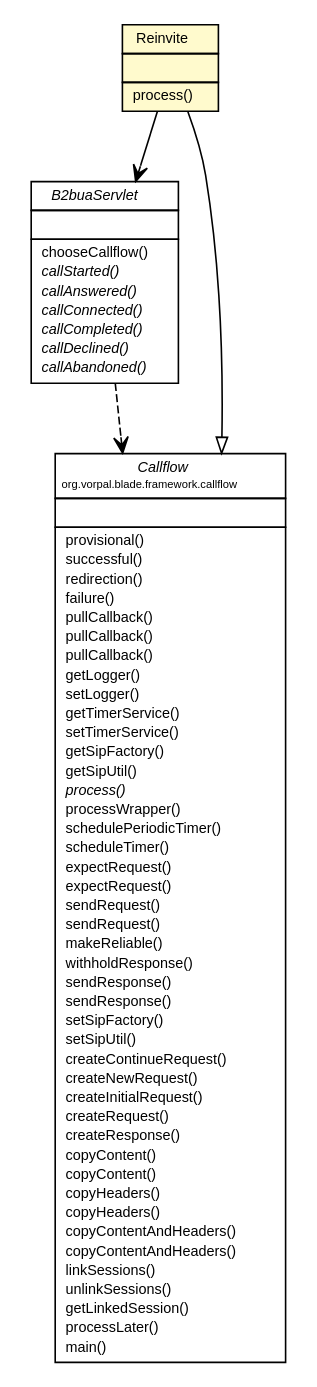
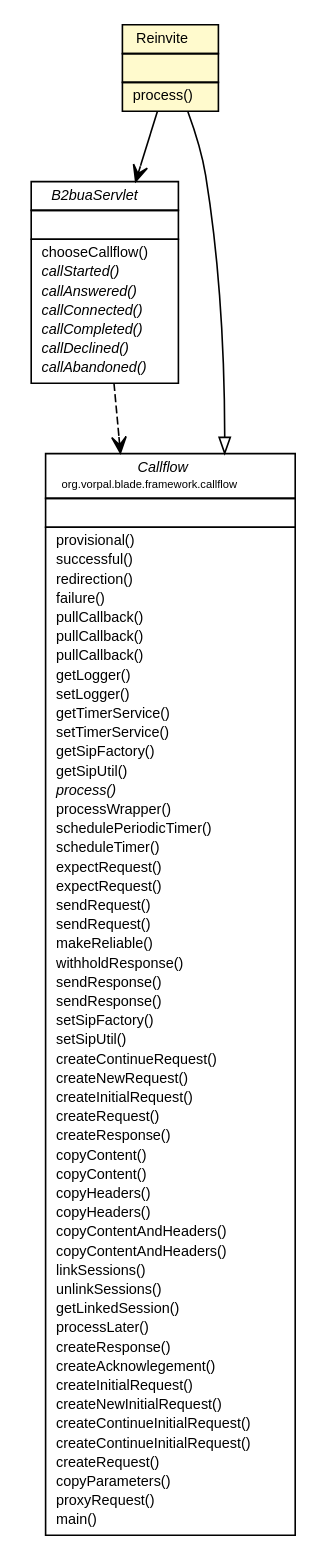
The diagram in blade/vorpal-blade-library-framework/org/vorpal/blade/framework/b2bua/Reinvite.dot (vorpalnet/vorpalnet.github.io), drawn with Graphviz before and after one commit. The commit also changed 1096 other files, not shown here.

```diff
--- a/blade/vorpal-blade-library-framework/org/vorpal/blade/framework/b2bua/Reinvite.dot
+++ b/blade/vorpal-blade-library-framework/org/vorpal/blade/framework/b2bua/Reinvite.dot
@@ -1,103 +1,112 @@
 #!/usr/local/bin/dot
 #
 # Class diagram 
 # Generated by UMLGraph version 5.2 (http://www.umlgraph.org/)
 #
 
 digraph G {
 	edge [fontname="Helvetica",fontsize=10,labelfontname="Helvetica",labelfontsize=10];
 	node [fontname="Helvetica",fontsize=10,shape=plaintext];
 	nodesep=0.25;
 	ranksep=0.5;
 	// org.vorpal.blade.framework.b2bua.Reinvite
-	c454 [label=<<table title="org.vorpal.blade.framework.b2bua.Reinvite" border="0" cellborder="1" cellspacing="0" cellpadding="2" port="p" bgcolor="lemonChiffon" href="./Reinvite.html">
+	c685 [label=<<table title="org.vorpal.blade.framework.b2bua.Reinvite" border="0" cellborder="1" cellspacing="0" cellpadding="2" port="p" bgcolor="lemonChiffon" href="./Reinvite.html">
 		<tr><td><table border="0" cellspacing="0" cellpadding="1">
 <tr><td align="center" balign="center"> Reinvite </td></tr>
 		</table></td></tr>
 		<tr><td><table border="0" cellspacing="0" cellpadding="1">
 <tr><td align="left" balign="left">  </td></tr>
 		</table></td></tr>
 		<tr><td><table border="0" cellspacing="0" cellpadding="1">
 <tr><td align="left" balign="left">  process() </td></tr>
 		</table></td></tr>
 		</table>>, fontname="Helvetica", fontcolor="black", fontsize=9.0];
 	// org.vorpal.blade.framework.b2bua.B2buaServlet
-	c459 [label=<<table title="org.vorpal.blade.framework.b2bua.B2buaServlet" border="0" cellborder="1" cellspacing="0" cellpadding="2" port="p" href="./B2buaServlet.html">
+	c690 [label=<<table title="org.vorpal.blade.framework.b2bua.B2buaServlet" border="0" cellborder="1" cellspacing="0" cellpadding="2" port="p" href="./B2buaServlet.html">
 		<tr><td><table border="0" cellspacing="0" cellpadding="1">
 <tr><td align="center" balign="center"><font face="Helvetica-Oblique"> B2buaServlet </font></td></tr>
 		</table></td></tr>
 		<tr><td><table border="0" cellspacing="0" cellpadding="1">
 <tr><td align="left" balign="left">  </td></tr>
 		</table></td></tr>
 		<tr><td><table border="0" cellspacing="0" cellpadding="1">
 <tr><td align="left" balign="left">  chooseCallflow() </td></tr>
 <tr><td align="left" balign="left"><font face="Helvetica-Oblique" point-size="9.0">  callStarted() </font></td></tr>
 <tr><td align="left" balign="left"><font face="Helvetica-Oblique" point-size="9.0">  callAnswered() </font></td></tr>
 <tr><td align="left" balign="left"><font face="Helvetica-Oblique" point-size="9.0">  callConnected() </font></td></tr>
 <tr><td align="left" balign="left"><font face="Helvetica-Oblique" point-size="9.0">  callCompleted() </font></td></tr>
 <tr><td align="left" balign="left"><font face="Helvetica-Oblique" point-size="9.0">  callDeclined() </font></td></tr>
 <tr><td align="left" balign="left"><font face="Helvetica-Oblique" point-size="9.0">  callAbandoned() </font></td></tr>
 		</table></td></tr>
 		</table>>, fontname="Helvetica", fontcolor="black", fontsize=9.0];
 	// org.vorpal.blade.framework.callflow.Callflow
-	c462 [label=<<table title="org.vorpal.blade.framework.callflow.Callflow" border="0" cellborder="1" cellspacing="0" cellpadding="2" port="p" href="../callflow/Callflow.html">
+	c693 [label=<<table title="org.vorpal.blade.framework.callflow.Callflow" border="0" cellborder="1" cellspacing="0" cellpadding="2" port="p" href="../callflow/Callflow.html">
 		<tr><td><table border="0" cellspacing="0" cellpadding="1">
 <tr><td align="center" balign="center"><font face="Helvetica-Oblique"> Callflow </font></td></tr>
 <tr><td align="center" balign="center"><font point-size="7.0"> org.vorpal.blade.framework.callflow </font></td></tr>
 		</table></td></tr>
 		<tr><td><table border="0" cellspacing="0" cellpadding="1">
 <tr><td align="left" balign="left">  </td></tr>
 		</table></td></tr>
 		<tr><td><table border="0" cellspacing="0" cellpadding="1">
 <tr><td align="left" balign="left">  provisional() </td></tr>
 <tr><td align="left" balign="left">  successful() </td></tr>
 <tr><td align="left" balign="left">  redirection() </td></tr>
 <tr><td align="left" balign="left">  failure() </td></tr>
 <tr><td align="left" balign="left">  pullCallback() </td></tr>
 <tr><td align="left" balign="left">  pullCallback() </td></tr>
 <tr><td align="left" balign="left">  pullCallback() </td></tr>
 <tr><td align="left" balign="left">  getLogger() </td></tr>
 <tr><td align="left" balign="left">  setLogger() </td></tr>
 <tr><td align="left" balign="left">  getTimerService() </td></tr>
 <tr><td align="left" balign="left">  setTimerService() </td></tr>
 <tr><td align="left" balign="left">  getSipFactory() </td></tr>
 <tr><td align="left" balign="left">  getSipUtil() </td></tr>
 <tr><td align="left" balign="left"><font face="Helvetica-Oblique" point-size="9.0">  process() </font></td></tr>
 <tr><td align="left" balign="left">  processWrapper() </td></tr>
 <tr><td align="left" balign="left">  schedulePeriodicTimer() </td></tr>
 <tr><td align="left" balign="left">  scheduleTimer() </td></tr>
 <tr><td align="left" balign="left">  expectRequest() </td></tr>
 <tr><td align="left" balign="left">  expectRequest() </td></tr>
 <tr><td align="left" balign="left">  sendRequest() </td></tr>
 <tr><td align="left" balign="left">  sendRequest() </td></tr>
 <tr><td align="left" balign="left">  makeReliable() </td></tr>
 <tr><td align="left" balign="left">  withholdResponse() </td></tr>
 <tr><td align="left" balign="left">  sendResponse() </td></tr>
 <tr><td align="left" balign="left">  sendResponse() </td></tr>
 <tr><td align="left" balign="left">  setSipFactory() </td></tr>
 <tr><td align="left" balign="left">  setSipUtil() </td></tr>
 <tr><td align="left" balign="left">  createContinueRequest() </td></tr>
 <tr><td align="left" balign="left">  createNewRequest() </td></tr>
 <tr><td align="left" balign="left">  createInitialRequest() </td></tr>
 <tr><td align="left" balign="left">  createRequest() </td></tr>
 <tr><td align="left" balign="left">  createResponse() </td></tr>
 <tr><td align="left" balign="left">  copyContent() </td></tr>
 <tr><td align="left" balign="left">  copyContent() </td></tr>
 <tr><td align="left" balign="left">  copyHeaders() </td></tr>
 <tr><td align="left" balign="left">  copyHeaders() </td></tr>
 <tr><td align="left" balign="left">  copyContentAndHeaders() </td></tr>
 <tr><td align="left" balign="left">  copyContentAndHeaders() </td></tr>
 <tr><td align="left" balign="left">  linkSessions() </td></tr>
 <tr><td align="left" balign="left">  unlinkSessions() </td></tr>
 <tr><td align="left" balign="left">  getLinkedSession() </td></tr>
 <tr><td align="left" balign="left">  processLater() </td></tr>
+<tr><td align="left" balign="left">  createResponse() </td></tr>
+<tr><td align="left" balign="left">  createAcknowlegement() </td></tr>
+<tr><td align="left" balign="left">  createInitialRequest() </td></tr>
+<tr><td align="left" balign="left">  createNewInitialRequest() </td></tr>
+<tr><td align="left" balign="left">  createContinueInitialRequest() </td></tr>
+<tr><td align="left" balign="left">  createContinueInitialRequest() </td></tr>
+<tr><td align="left" balign="left">  createRequest() </td></tr>
+<tr><td align="left" balign="left">  copyParameters() </td></tr>
+<tr><td align="left" balign="left">  proxyRequest() </td></tr>
 <tr><td align="left" balign="left">  main() </td></tr>
 		</table></td></tr>
 		</table>>, fontname="Helvetica", fontcolor="black", fontsize=9.0];
 	//org.vorpal.blade.framework.b2bua.Reinvite extends org.vorpal.blade.framework.callflow.Callflow
-	c462:p -> c454:p [dir=back,arrowtail=empty];
+	c693:p -> c685:p [dir=back,arrowtail=empty];
 	// org.vorpal.blade.framework.b2bua.Reinvite NAVASSOC org.vorpal.blade.framework.b2bua.B2buaServlet
-	c454:p -> c459:p [taillabel="", label="", headlabel="", fontname="Helvetica", fontcolor="black", fontsize=10.0, color="black", arrowhead=open];
+	c685:p -> c690:p [taillabel="", label="", headlabel="", fontname="Helvetica", fontcolor="black", fontsize=10.0, color="black", arrowhead=open];
 	// org.vorpal.blade.framework.b2bua.B2buaServlet DEPEND org.vorpal.blade.framework.callflow.Callflow
-	c459:p -> c462:p [taillabel="", label="", headlabel="", fontname="Helvetica", fontcolor="black", fontsize=10.0, color="black", arrowhead=open, style=dashed];
+	c690:p -> c693:p [taillabel="", label="", headlabel="", fontname="Helvetica", fontcolor="black", fontsize=10.0, color="black", arrowhead=open, style=dashed];
 }
```
